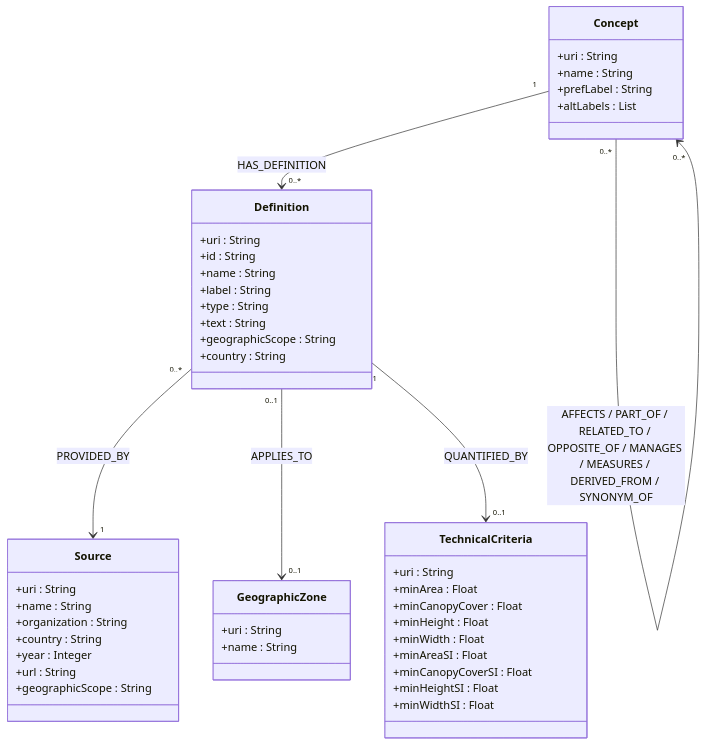
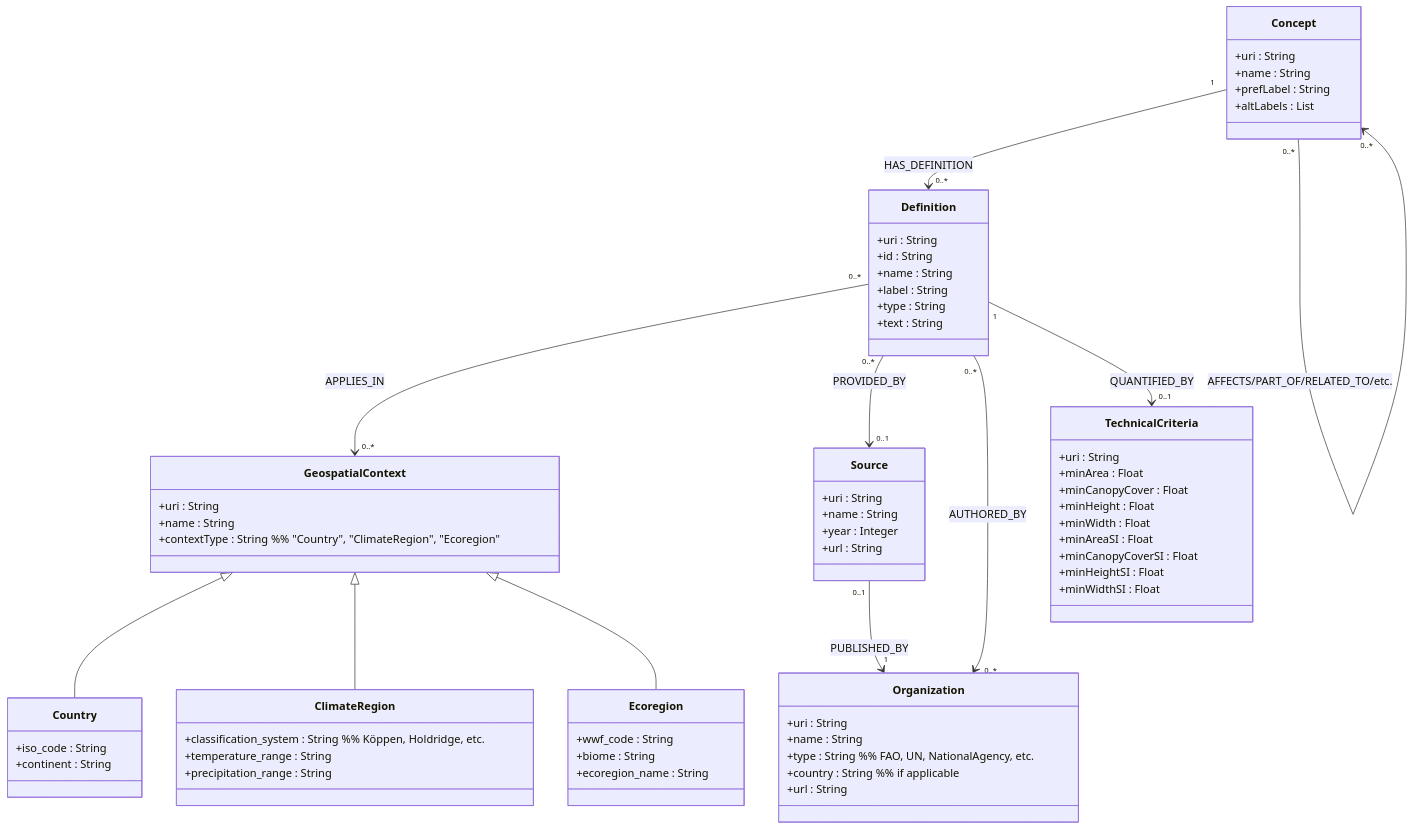
The diagram in diagrams/class_diagram_v2.md (mba31/TER-GaphRAG), drawn with Mermaid before and after one commit. The commit also changed 5 other files, not shown here.

````diff
--- a/diagrams/class_diagram_v2.md
+++ b/diagrams/class_diagram_v2.md
@@ -5,12 +5,42 @@
 ```mermaid
 classDiagram
+   class Organization {
+       +uri : String
+       +name : String
+       +type : String  %% FAO, UN, NationalAgency, etc.
+       +country : String  %% if applicable
+       +url : String
+   }
+
+   class GeospatialContext {
+       +uri : String
+       +name : String
+       +contextType : String  %% "Country", "ClimateRegion", "Ecoregion"
+   }
+
+   class Country {
+       +iso_code : String
+       +continent : String
+   }
+
+   class ClimateRegion {
+       +classification_system : String  %% Köppen, Holdridge, etc.
+       +temperature_range : String
+       +precipitation_range : String
+   }
+
+   class Ecoregion {
+       +wwf_code : String
+       +biome : String
+       +ecoregion_name : String
+   }
+
    class Concept {
        +uri : String
        +name : String
        +prefLabel : String
        +altLabels : List<String>
    }
-
 
    class Definition {
        +uri : String
@@ -19,29 +49,14 @@
        +label : String
        +type : String
        +text : String
-       +geographicScope : String
-       +country : String
    }
-
 
    class Source {
        +uri : String
        +name : String
-       +organization : String
-       +country : String
        +year : Integer
        +url : String
-       +geographicScope : String
    }
-
-
-   class GeographicZone {
-     +uri : String
-     +name : String
-   }
-
-
-
 
    class TechnicalCriteria {
        +uri : String
@@ -55,10 +70,23 @@
        +minWidthSI : Float
    }
 
+   %% Hierarchy
+   GeospatialContext <|-- Country
+   GeospatialContext <|-- ClimateRegion
+   GeospatialContext <|-- Ecoregion
 
+   %% Core relationships
    Concept "1" --> "0..*" Definition : HAS_DEFINITION
-   Concept "0..*" --> "0..*" Concept : AFFECTS / PART_OF / RELATED_TO / OPPOSITE_OF / MANAGES / MEASURES / DERIVED_FROM / SYNONYM_OF
-   Definition "0..*" --> "1" Source : PROVIDED_BY
-   Definition "0..1" --> "0..1" GeographicZone : APPLIES_TO
+   Concept "0..*" --> "0..*" Concept : AFFECTS/PART_OF/RELATED_TO/etc.
+   
+   %% Definition to contexts (flexible)
+   Definition "0..*" --> "0..*" GeospatialContext : APPLIES_IN
+   
+   %% Authorship & sourcing
+   Definition "0..*" --> "0..1" Source : PROVIDED_BY
+   Source "0..1" --> "1" Organization : PUBLISHED_BY
+   Definition "0..*" --> "0..*" Organization : AUTHORED_BY
+   
+   %% Criteria
    Definition "1" --> "0..1" TechnicalCriteria : QUANTIFIED_BY
 ```
````
